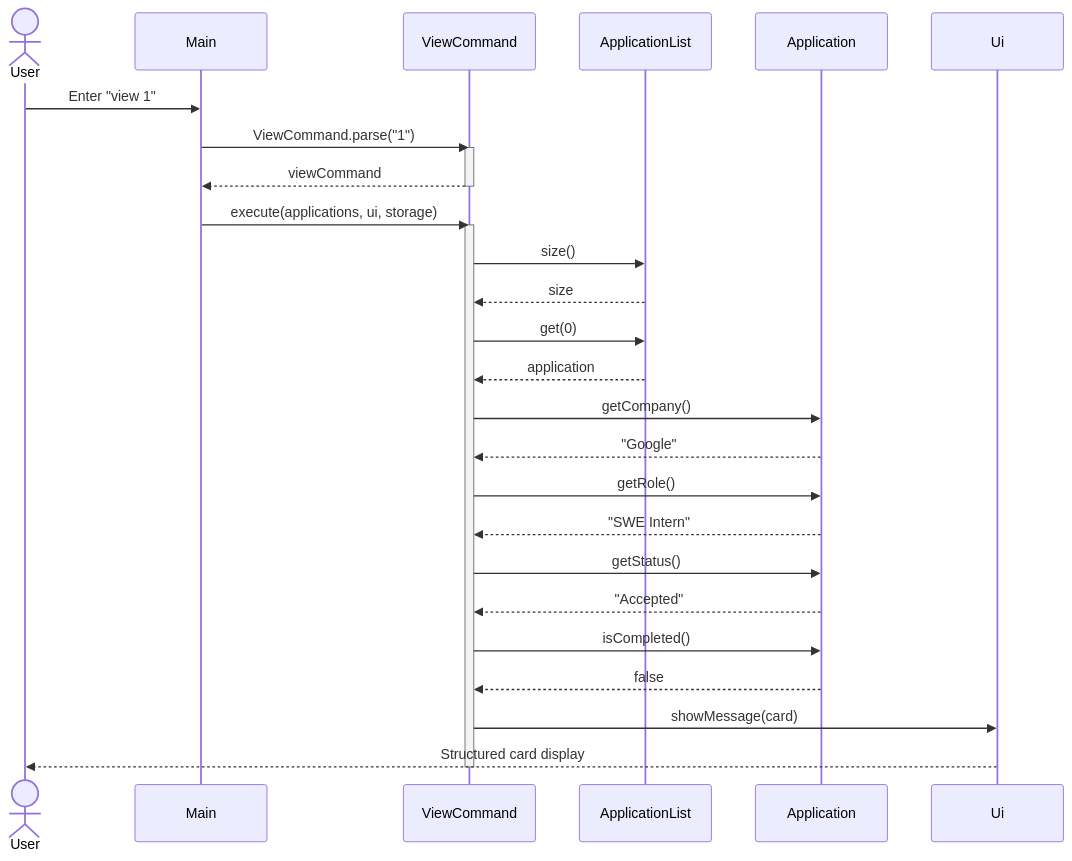
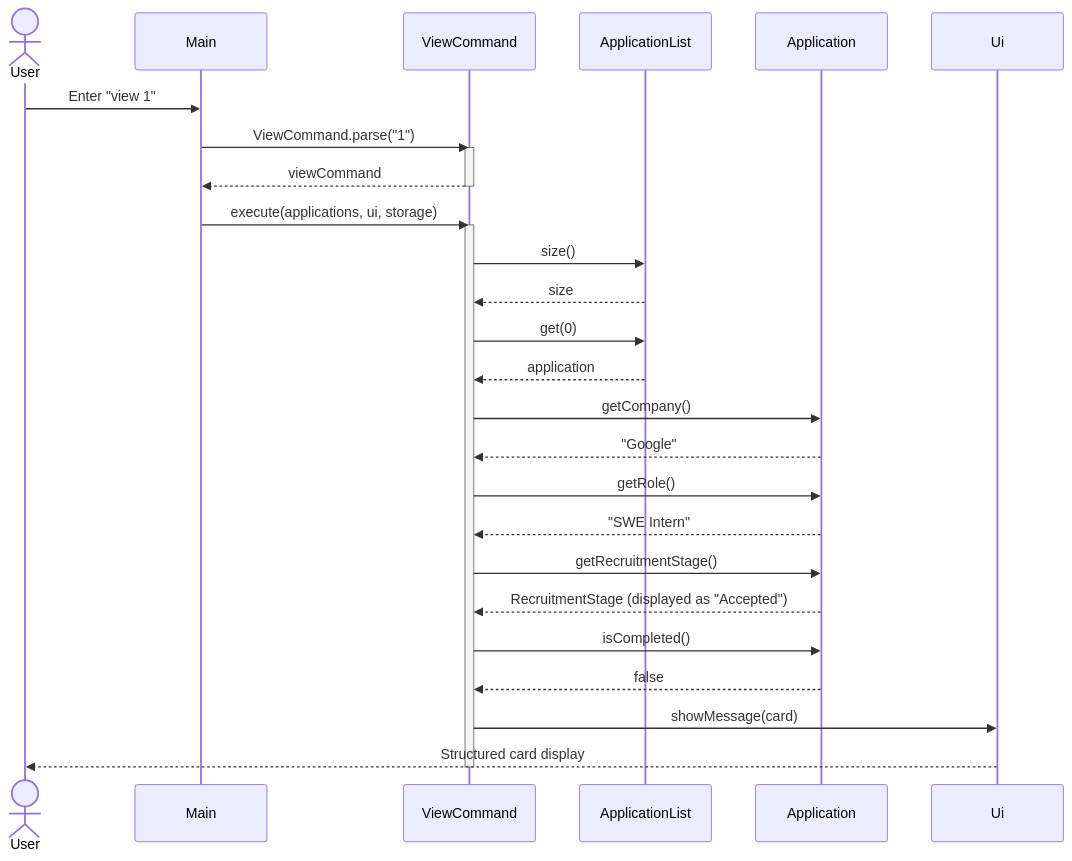
Before and after one commit to AY2627S1-CS2113-T10-2/tp: the third of 12 diagrams in docs/DeveloperGuide.md, drawn with Mermaid. The commit also changed other lines of this file and 23 other files, not shown here.

Commit message:
Changed Naming from Status to RecruitmentStage

````diff
--- a/docs/DeveloperGuide.md
+++ b/docs/DeveloperGuide.md
@@ -168,31 +167,31 @@
 ```mermaid
 sequenceDiagram
     actor User
     participant Main
     participant ViewCommand
     participant ApplicationList
     participant Application
     participant Ui
     User->>Main: Enter "view 1"
     Main->>ViewCommand: ViewCommand.parse("1")
     activate ViewCommand
     ViewCommand-->>Main: viewCommand
     deactivate ViewCommand
     Main->>ViewCommand: execute(applications, ui, storage)
     activate ViewCommand
     ViewCommand->>ApplicationList: size()
     ApplicationList-->>ViewCommand: size
     ViewCommand->>ApplicationList: get(0)
     ApplicationList-->>ViewCommand: application
     ViewCommand->>Application: getCompany()
     Application-->>ViewCommand: "Google"
     ViewCommand->>Application: getRole()
     Application-->>ViewCommand: "SWE Intern"
-    ViewCommand->>Application: getStatus()
-    Application-->>ViewCommand: "Accepted"
+    ViewCommand->>Application: getRecruitmentStage()
+    Application-->>ViewCommand: RecruitmentStage (displayed as "Accepted")
     ViewCommand->>Application: isCompleted()
     Application-->>ViewCommand: false
     ViewCommand->>Ui: showMessage(card)
     Ui-->>User: Structured card display
     deactivate ViewCommand
 ```
````
